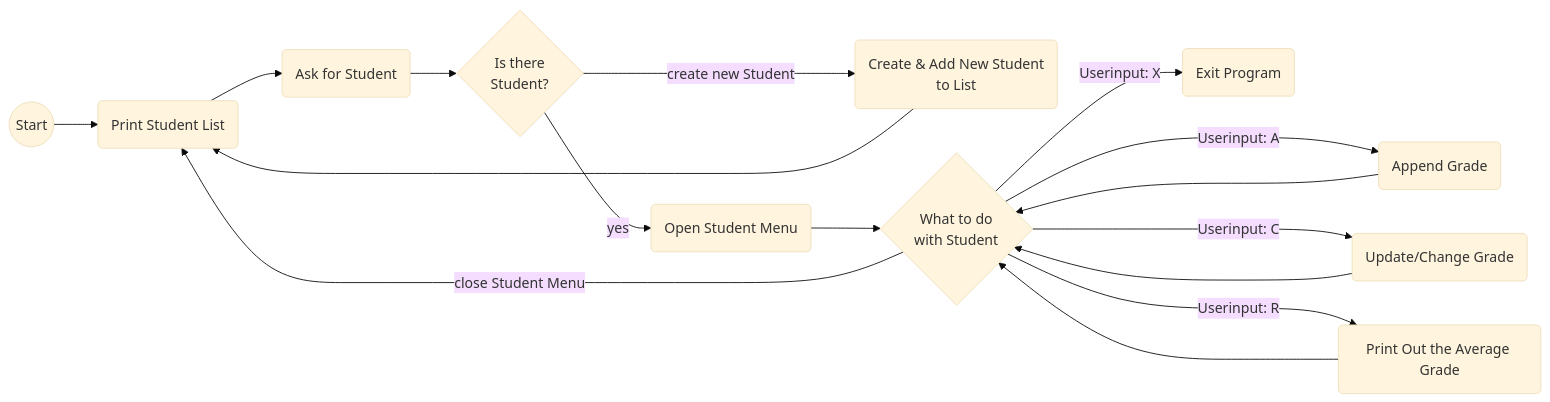
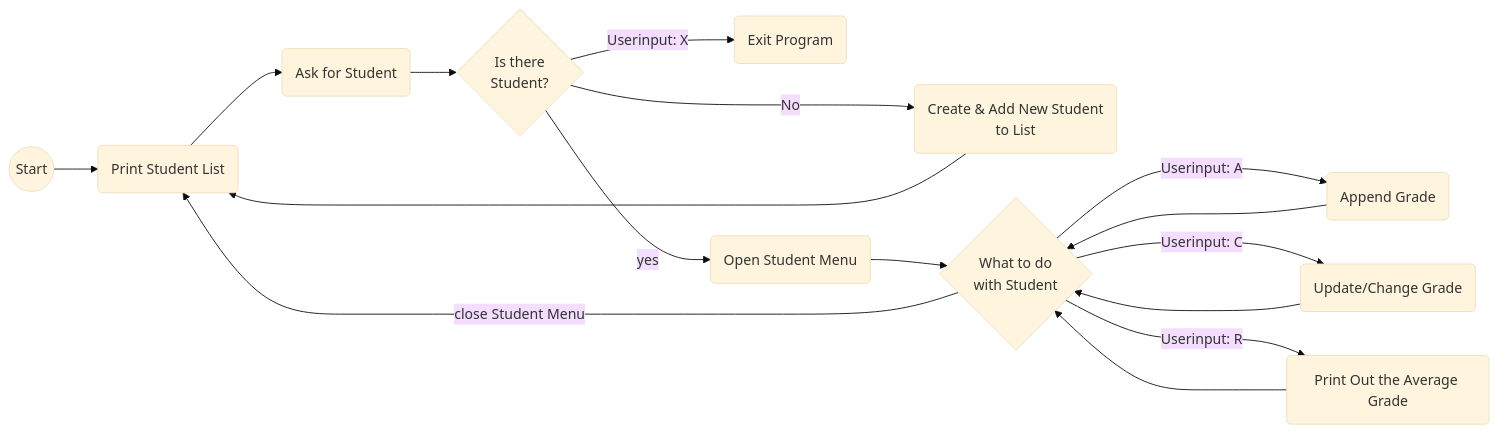
One commit to Timofey-Makhankov/Modul-319-A4 changed the second of 2 diagrams in README.md. Above: the diagram before and after it, drawn with Mermaid (base theme).

````diff
--- a/README.md
+++ b/README.md
@@ -25,22 +25,21 @@
 ```mermaid
     flowchart LR
     A-->H(Print Student List)
     H-->B
     A((Start))
+    I-->|Userinput: X|X(Exit Program)
     B(Ask for Student)
     B-->I{Is there \nStudent?}
     G-->H
-    I--->|create new Student|G(Create & Add New Student\nto List)
+    I--->|No|G(Create & Add New Student\nto List)
     I-->|yes|J(Open Student Menu)
     J-->C
-
     C--->|close Student Menu|H
     C{What to do\nwith Student}
     C-->|Userinput: A|D(Append Grade)
     C-->|Userinput: C|E(Update/Change Grade)
     C-->|Userinput: R|F(Print Out the Average Grade)
     D--->C 
     E--->C 
     F--->C
-    C-->|Userinput: X|X(Exit Program)
 ```
````
